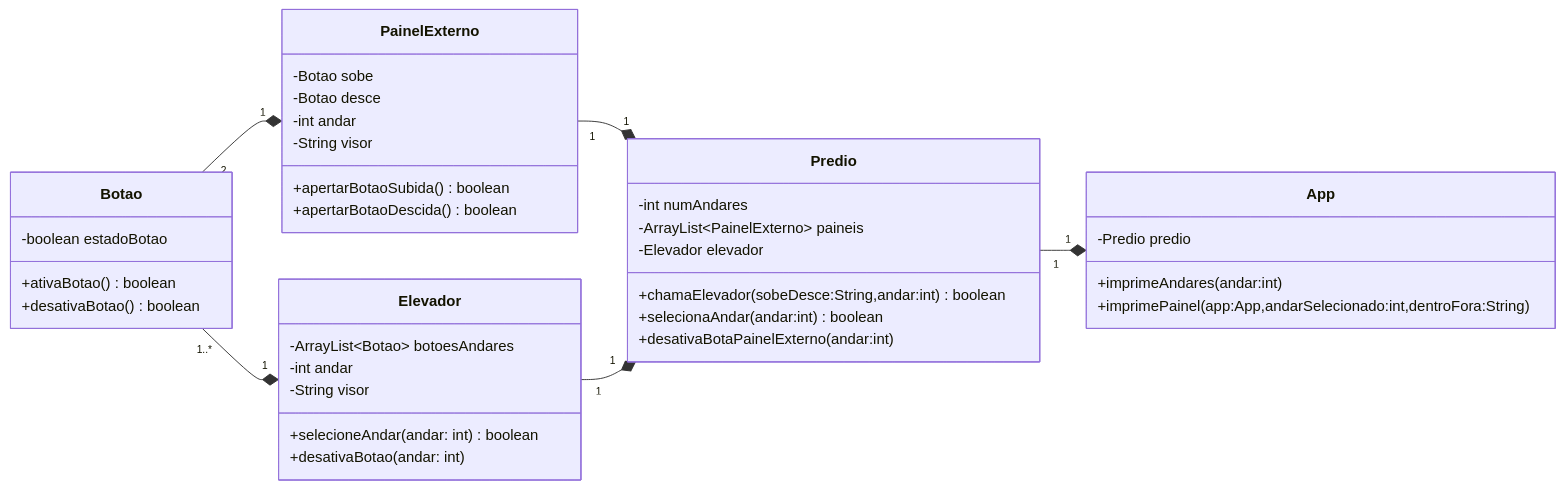
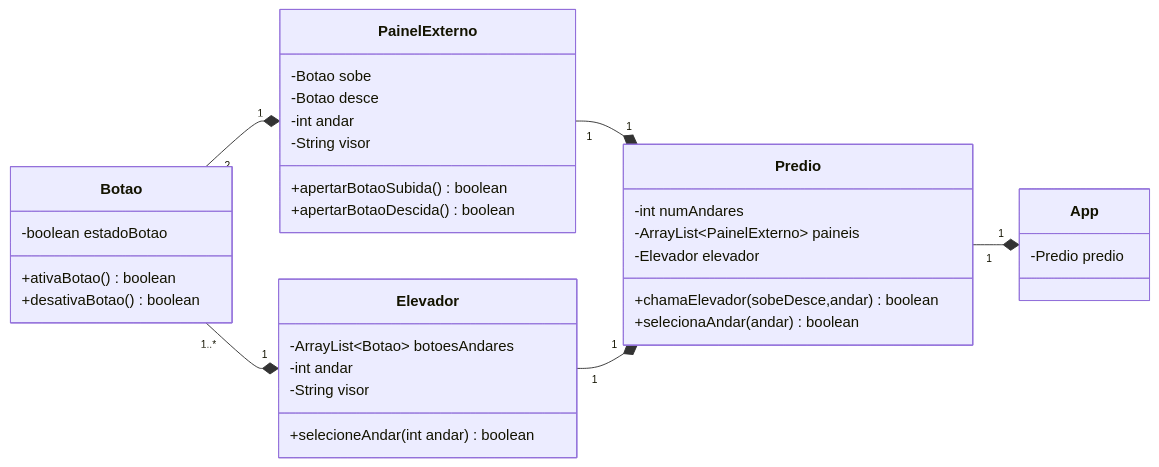
The diagram in Readme.md (vgguerra/Elevator-Simulator), drawn with Mermaid before and after one commit. The commit also changed other lines of this file and 4 other files, not shown here.

````diff
--- a/Readme.md
+++ b/Readme.md
@@ -10,56 +28,51 @@
 ```mermaid
 classDiagram
     direction LR
     direction TD
 
     class Botao{
-      -boolean estadoBotao
+        -boolean estadoBotao
 
-      +ativaBotao() boolean
-      +desativaBotao() boolean
+        +ativaBotao() boolean
+        +desativaBotao() boolean
     }
 
     class PainelExterno{
-      -Botao sobe
-      -Botao desce
-      -int andar
-      -String visor
+        -Botao sobe
+        -Botao desce
+        -int andar
+        -String visor
 
-      +apertarBotaoSubida() boolean
-      +apertarBotaoDescida() boolean
+        +apertarBotaoSubida() boolean
+        +apertarBotaoDescida() boolean
     }
 
     class Elevador{
-      -ArrayList~Botao~ botoesAndares
-      -int andar
-      -String visor
+        -ArrayList~Botao~ botoesAndares
+        -int andar
+        -String visor
 
-      +selecioneAndar(andar: int) boolean
-      +desativaBotao(andar: int)
+        +selecioneAndar(int andar) boolean
     }
 
 
     class Predio{
-      -int numAndares
-      -ArrayList~PainelExterno~ paineis
-      -Elevador elevador
+        -int numAndares
+        -ArrayList~PainelExterno~ paineis
+        -Elevador elevador
 
-      +chamaElevador(sobeDesce:String,andar:int) boolean
-      +selecionaAndar(andar:int) boolean
-      +desativaBotaPainelExterno(andar:int)
+        +chamaElevador(sobeDesce,andar) boolean
+        +selecionaAndar(andar) boolean
     }
 
     class App{
-      -Predio predio
-
-      +imprimeAndares(andar:int)
-      +imprimePainel(app:App,andarSelecionado:int,dentroFora:String)
+        -Predio predio
     }
 
 
     Botao "2" --* "1" PainelExterno
     Botao "1..*" --* "1" Elevador
     PainelExterno "1" --* "1" Predio
-    Elevador "1" --* "1" Predio    
+    Elevador "1" --* "1" Predio
     Predio "1" --* "1" App
 ```
````
